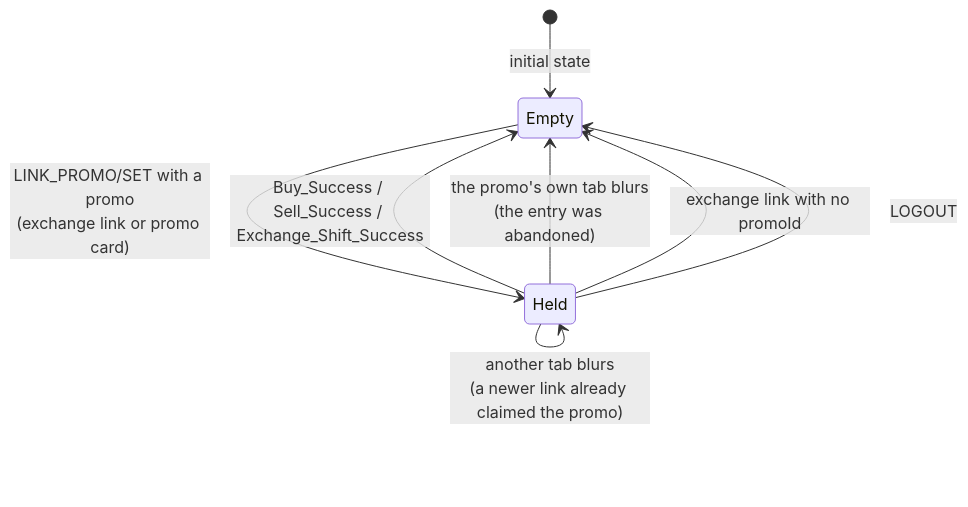
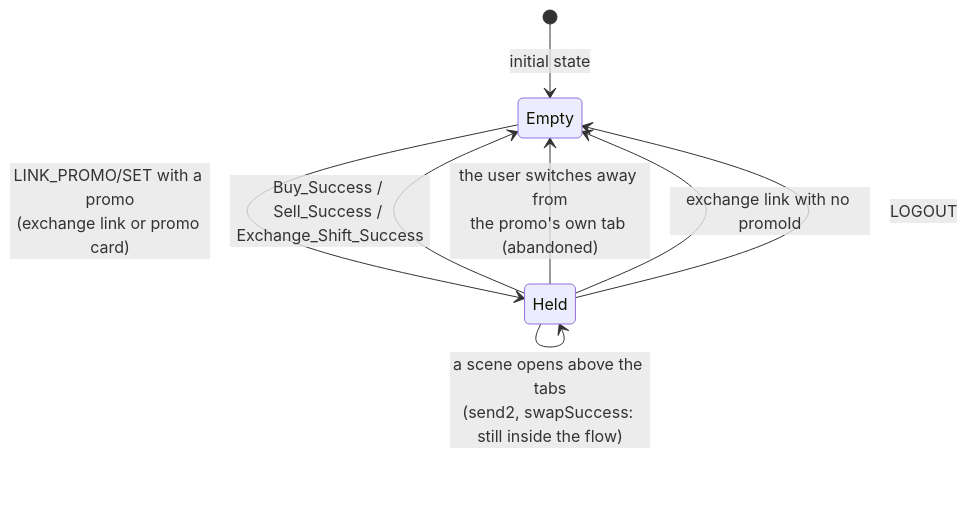
Before and after one commit to EdgeApp/edge-react-gui: the second of 2 diagrams in src/docs/exchange-deep-links.md, drawn with Mermaid. The commit also changed other lines of this file, not shown here.

First line of the commit message:
fixup! Fix lint warnings in deeplink promo files

````diff
--- a/src/docs/exchange-deep-links.md
+++ b/src/docs/exchange-deep-links.md
@@ -255,11 +269,12 @@
 ```mermaid
 stateDiagram-v2
     [*] --> Empty: initial state
     Empty --> Held: LINK_PROMO/SET with a promo<br/>(exchange link or promo card)
     Held --> Held: quote and other non-conversion events<br/>log promoIds [id]
     Held --> Empty: Buy_Success / Sell_Success / Exchange_Shift_Success
-    Held --> Empty: the promo's own tab blurs<br/>(the entry was abandoned)
+    Held --> Empty: the user switches away from<br/>the promo's own tab (abandoned)
     Held --> Empty: exchange link with no promoId
     Held --> Empty: LOGOUT
-    Held --> Held: another tab blurs<br/>(a newer link already claimed the promo)
+    Held --> Held: the user switches away from another tab<br/>(a newer link already claimed the promo)
+    Held --> Held: a scene opens above the tabs<br/>(send2, swapSuccess: still inside the flow)
 ```
````
